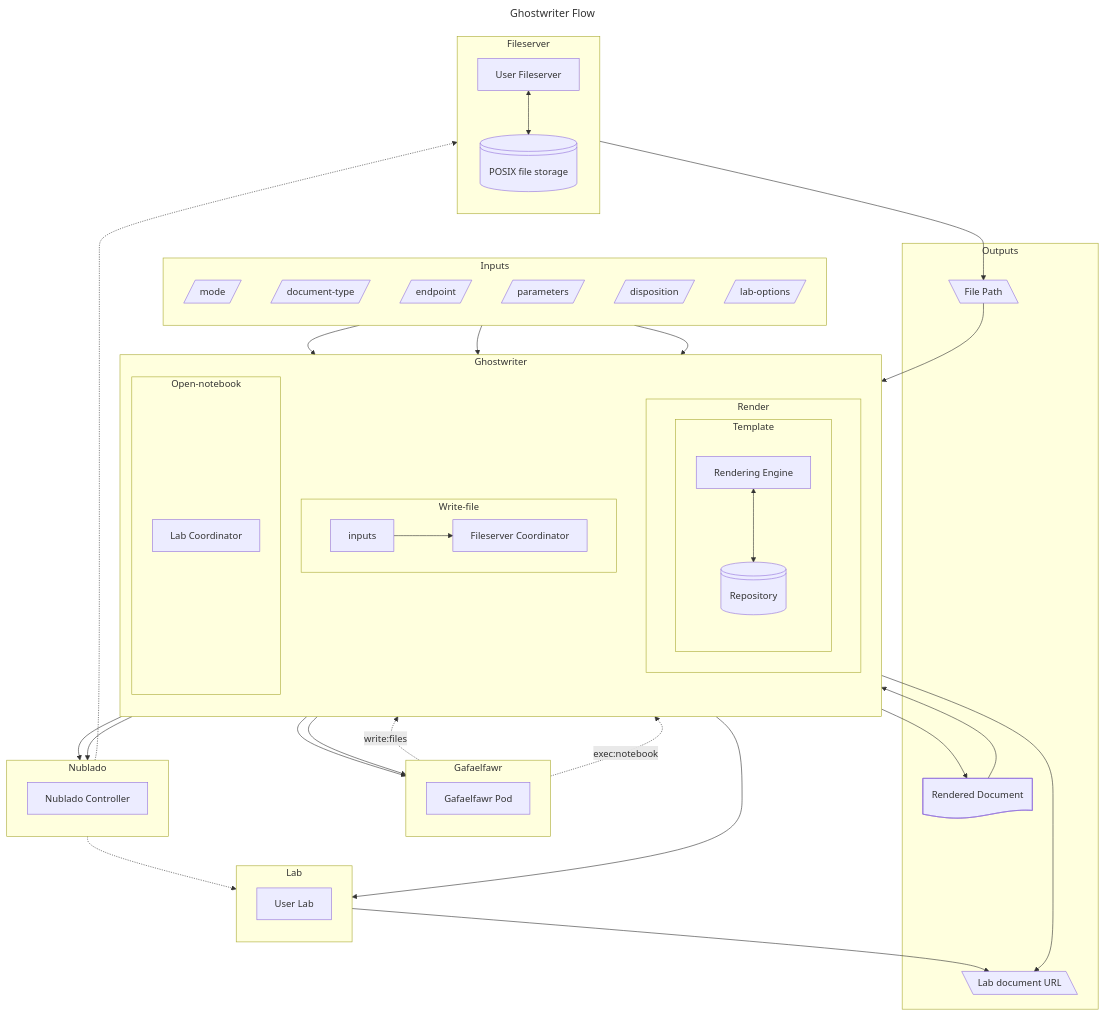
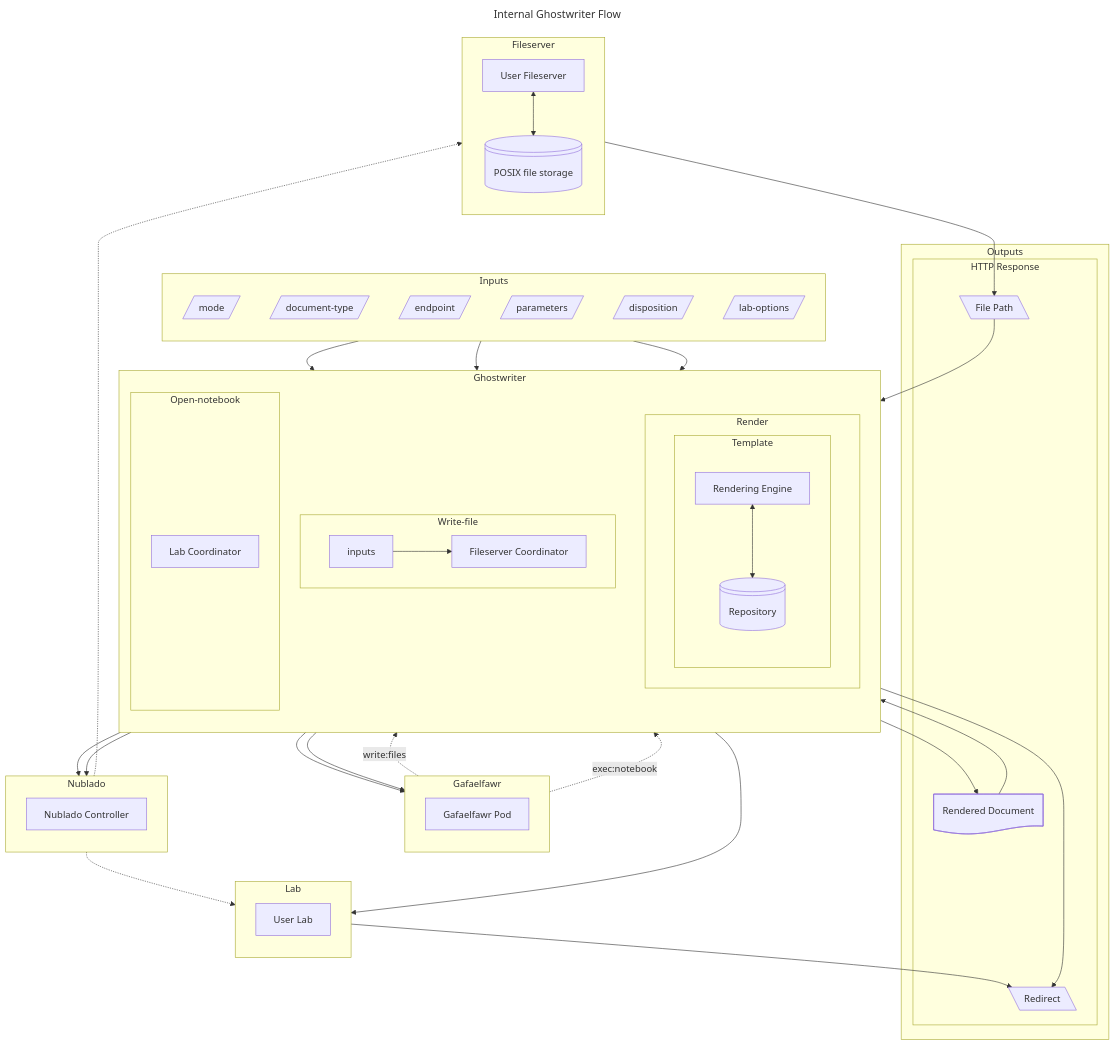
One commit to lsst-sqre/sqr-110 changed the first of 4 diagrams in index.md. Above: the diagram before and after it, drawn with Mermaid. The commit also changed other lines of this file, not shown here.

````diff
--- a/index.md
+++ b/index.md
@@ -17,75 +17,76 @@
 ```mermaid
 ---
-title: Ghostwriter Flow
+title: Internal Ghostwriter Flow
 ---
 
 graph TB
   subgraph Inputs
     direction TB
     mode@{ shape: lean-r }
     document-type@{ shape: lean-r }
     endpoint@{ shape: lean-r }
     parameters@{ shape: lean-r }
     disposition@{ shape: lean-r }
     lab-options@{ shape: lean-r }
   end
   subgraph Ghostwriter
     direction TB
     subgraph Render
       direction LR
       subgraph Template
         direction TB
         engine@{ shape: rect, label: "Rendering Engine" }<-->repo@{ shape: lin-cyl, label: "Repository" }
       end
-
     end
     subgraph Write-file
       direction LR
       fs_coordinator@{ shape: rect, label: "Fileserver Coordinator" }
       inputs-->fs_coordinator
 
     end
     subgraph Open-notebook
       lab_coordinator@{ shape: rect, label: "Lab Coordinator" }
     end
   end
   subgraph Nublado
     direction TB
     nb_pod@{ shape: rect, label: "Nublado Controller" }
     fs_coordinator-->nb_pod
     lab_coordinator-->nb_pod
   end
   subgraph Gafaelfawr
     direction TB
     gf_pod@{ shape: rect, label: "Gafaelfawr Pod" }
     fs_coordinator-->gf_pod
     lab_coordinator-->gf_pod
     gf_pod-.->|write:files|fs_coordinator
     gf_pod-.->|exec:notebook|lab_coordinator
   end
   subgraph Lab
     direction TB
     lab_pod@{ shape: rect, label: "User Lab" }
   end
   subgraph Fileserver
     direction TB
     fs_pod@{ shape: rect, label: "User Fileserver"}<-->storage@{shape: lin-cyl, label: "POSIX file storage"}
   end
   subgraph Outputs
-    doc@{ shape: doc, label: "Rendered Document" }
-    file_out@{ shape: lean-l, label: "File Path"}
-    lab_url@{shape: lean-l, label: "Lab document URL" }
+    subgraph HTTP Response
+      doc@{ shape: doc, label: "Rendered Document" }
+      file_out@{ shape: lean-l, label: "File Path"}
+      lab_url@{shape: lean-l, label: "Redirect" }
+	end
   end
   engine-->doc
   doc-->fs_coordinator
   file_out-->lab_coordinator
   lab_coordinator-->lab_url 
   fs_pod-->file_out
   nb_pod-.->fs_pod
   lab_coordinator-->lab_pod
   lab_pod-->lab_url
   nb_pod-.->lab_pod
   Inputs --> Render
   Inputs --> Write-file
   Inputs --> Open-notebook
 ```
````
